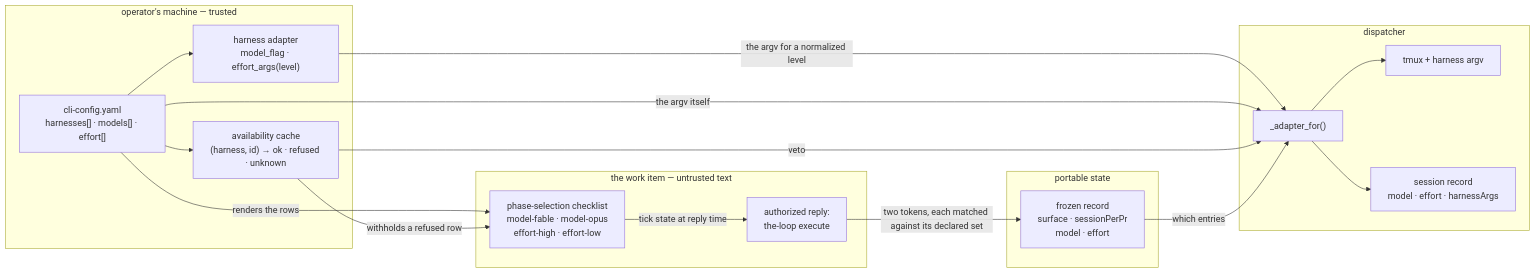
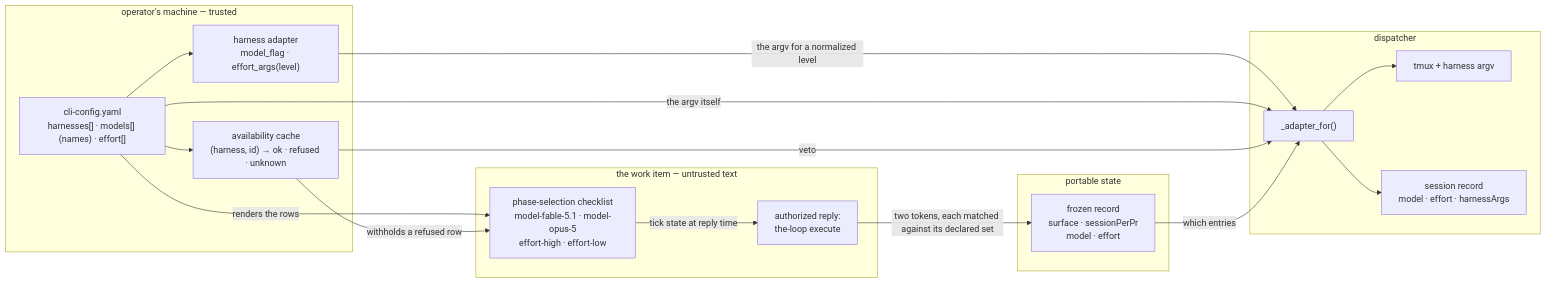
The first of 3 diagrams in docs/specs/issue-358/design.md (MadaraUchiha-314/the-loop), drawn with Mermaid before and after one commit. The commit also changed other lines of this file and 2 other files, not shown here.

First line of the commit message:
docs(issue-358): revision 5 — a model is not tied to a harness; the probe measures the matrix

````diff
--- a/docs/specs/issue-358/design.md
+++ b/docs/specs/issue-358/design.md
@@ -47,32 +49,32 @@
 ```mermaid
 flowchart LR
   subgraph operator["operator's machine — trusted"]
-    cfg["cli-config.yaml<br/>harnesses[] · models[] · effort[]"]
+    cfg["cli-config.yaml<br/>harnesses[] · models[] (names) · effort[]"]
     ad["harness adapter<br/>model_flag · effort_args(level)"]
     probe["availability cache<br/>(harness, id) → ok · refused · unknown"]
   end
   subgraph ticket["the work item — untrusted text"]
-    chk["phase-selection checklist<br/>model-fable · model-opus<br/>effort-high · effort-low"]
+    chk["phase-selection checklist<br/>model-fable-5.1 · model-opus-5<br/>effort-high · effort-low"]
     rep["authorized reply:<br/>the-loop execute"]
   end
   subgraph state["portable state"]
     frozen["frozen record<br/>surface · sessionPerPr<br/>model · effort"]
   end
   subgraph daemon["dispatcher"]
     res["_adapter_for()"]
     tmux["tmux + harness argv"]
     reg["session record<br/>model · effort · harnessArgs"]
   end
   cfg --> ad
   ad -->|"the argv for a normalized level"| res
   cfg --> probe
   cfg -->|"renders the rows"| chk
   probe -->|"withholds a refused row"| chk
   chk -->|"tick state at reply time"| rep
   rep -->|"two tokens, each matched against its declared set"| frozen
   cfg -->|"the argv itself"| res
   probe -->|"veto"| res
   frozen -->|"which entries"| res
   res --> tmux
   res --> reg
 ```
````
